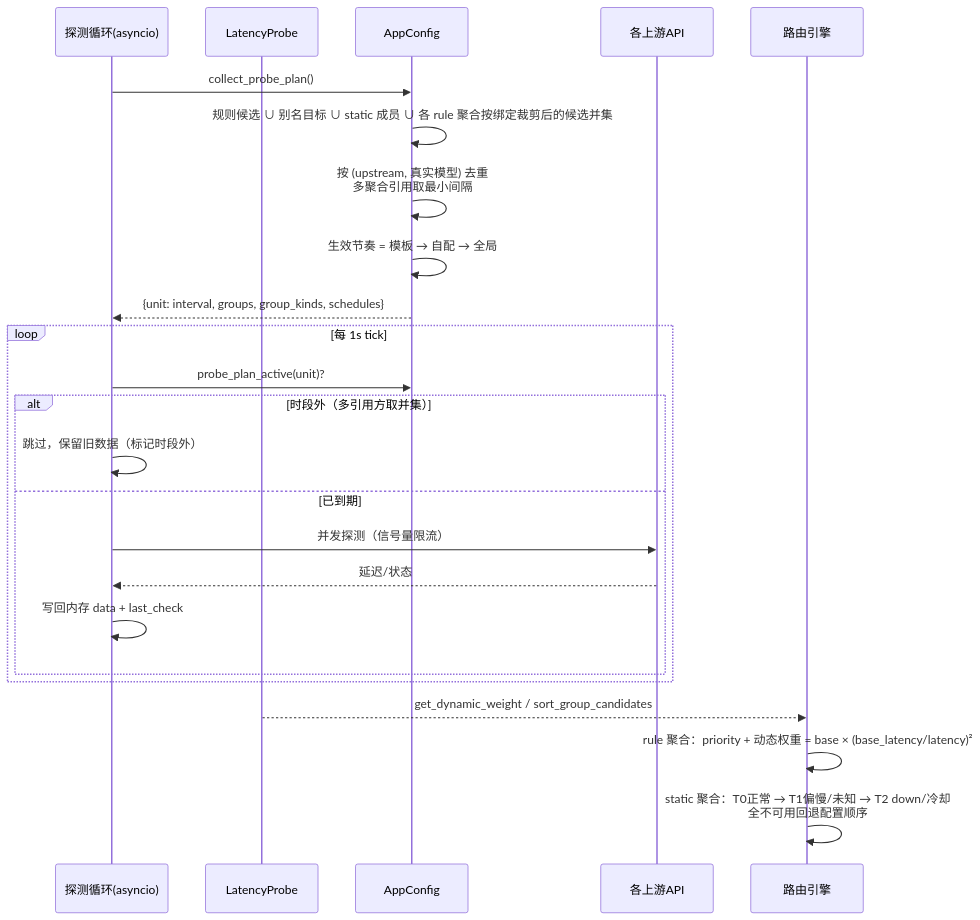
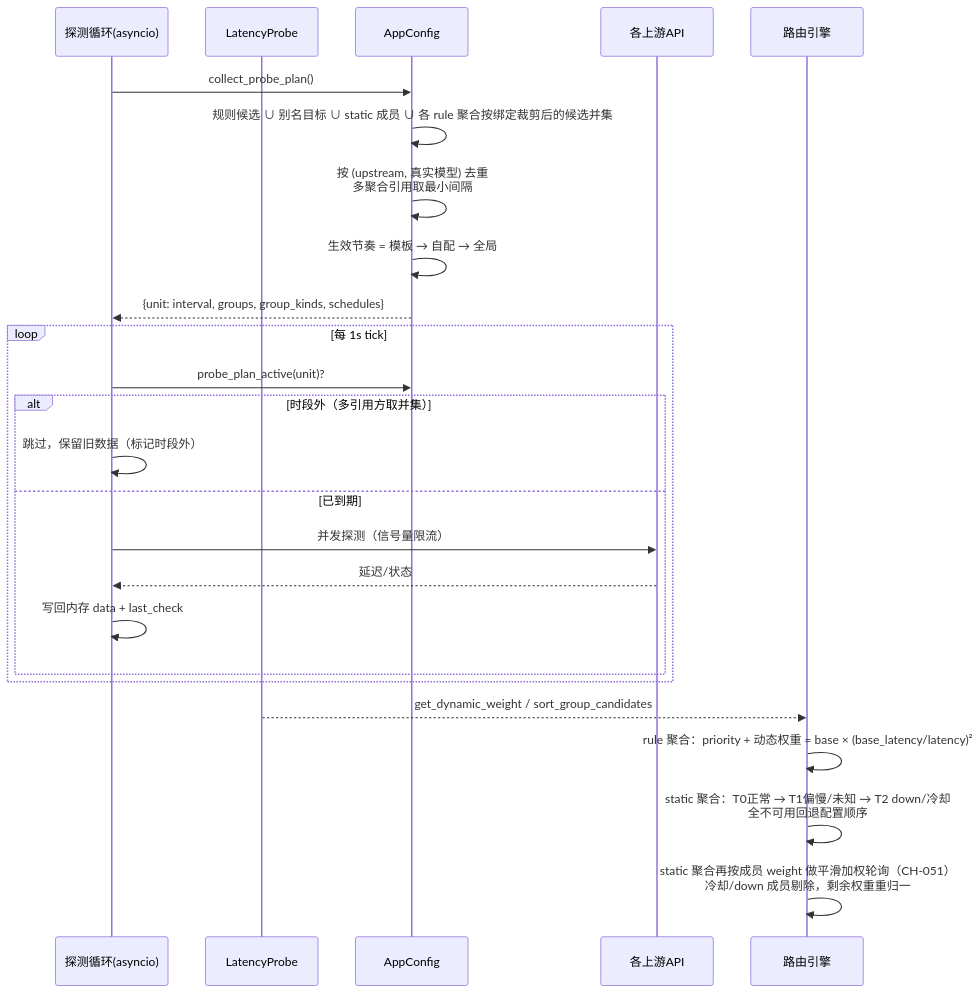
Before and after one commit to 66wjz/smart_router: the second of 5 diagrams in docs/系统核心流程.md, drawn with Mermaid. The commit also changed other lines of this file and 34 other files, not shown here.

````diff
--- a/docs/系统核心流程.md
+++ b/docs/系统核心流程.md
@@ -85,27 +85,28 @@
 ```mermaid
 sequenceDiagram
     participant T as 探测循环(asyncio)
     participant P as LatencyProbe
     participant C as AppConfig
     participant U as 各上游API
     participant E as 路由引擎
 
     T->>C: collect_probe_plan()
     C->>C: 规则候选 ∪ 别名目标 ∪ static 成员 ∪ 各 rule 聚合按绑定裁剪后的候选并集
     C->>C: 按 (upstream, 真实模型) 去重<br/>多聚合引用取最小间隔
     C->>C: 生效节奏 = 模板 → 自配 → 全局
     C-->>T: {unit: interval, groups, group_kinds, schedules}
     loop 每 1s tick
         T->>C: probe_plan_active(unit)?
         alt 时段外（多引用方取并集）
             T->>T: 跳过，保留旧数据（标记时段外）
         else 已到期
             T->>U: 并发探测（信号量限流）
             U-->>T: 延迟/状态
             T->>T: 写回内存 data + last_check
         end
     end
     P-->>E: get_dynamic_weight / sort_group_candidates
     E->>E: rule 聚合：priority + 动态权重 = base × (base_latency/latency)²
     E->>E: static 聚合：T0正常 → T1偏慢/未知 → T2 down/冷却<br/>全不可用回退配置顺序
+    E->>E: static 聚合再按成员 weight 做平滑加权轮询（CH-051）<br/>冷却/down 成员剔除，剩余权重重归一
 ```
````
